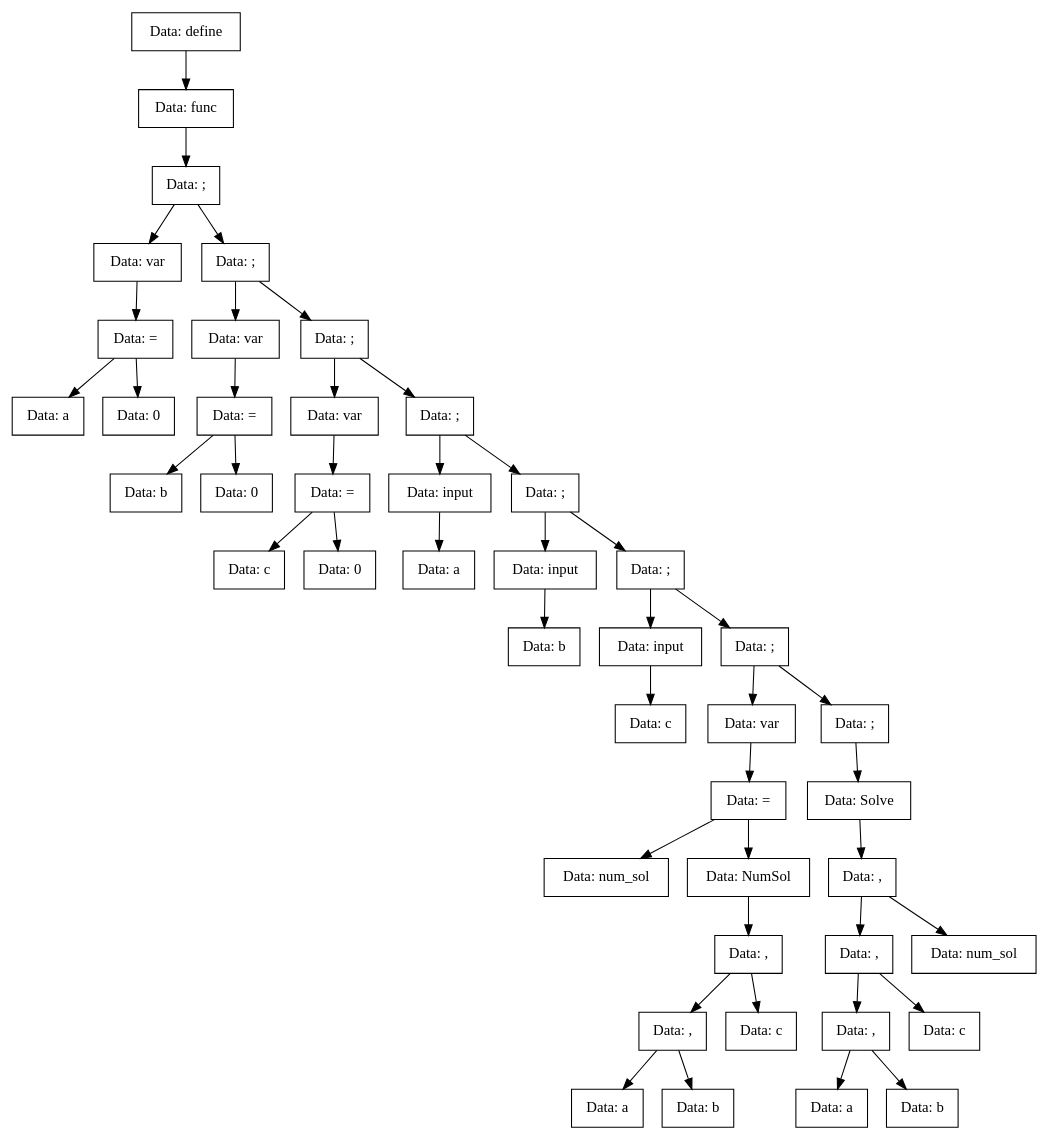
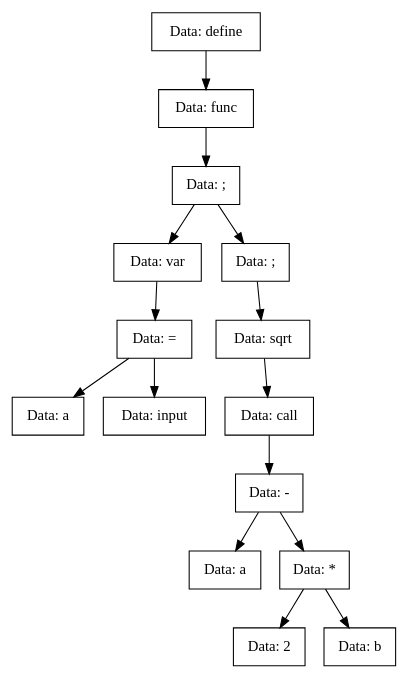
One commit to vorontsov-amd/Compiller changed the diagram in TreeDump/func-utf8.dot. Above: the diagram before and after it, drawn with Graphviz. The commit also changed 32 other files, not shown here.

```diff
--- a/TreeDump/func-utf8.dot
+++ b/TreeDump/func-utf8.dot
@@ -1,91 +1,31 @@
 digraph func{
-Node0x56543b710e00[shape="record", label="Data: define"];
-Node0x56543b710ea0[shape="record", label="Data: func"];
-Node0x56543b710e50[shape="record", label="Data: ;"];
-Node0x56543b710c20[shape="record", label="Data: var"];
-Node0x56543b710c70[shape="record", label="Data: ="];
-Node0x56543b710d10[shape="record", label="Data: a"];
-Node0x56543b710c70->Node0x56543b710d10;
-Node0x56543b710cc0[shape="record", label="Data: 0"];
-Node0x56543b710c70->Node0x56543b710cc0;
-Node0x56543b710c20->Node0x56543b710c70;
-Node0x56543b710e50->Node0x56543b710c20;
-Node0x56543b710b30[shape="record", label="Data: ;"];
-Node0x56543b711260[shape="record", label="Data: var"];
-Node0x56543b711170[shape="record", label="Data: ="];
-Node0x56543b711080[shape="record", label="Data: b"];
-Node0x56543b711170->Node0x56543b711080;
-Node0x56543b710ef0[shape="record", label="Data: 0"];
-Node0x56543b711170->Node0x56543b710ef0;
-Node0x56543b711260->Node0x56543b711170;
-Node0x56543b710b30->Node0x56543b711260;
-Node0x56543b710d60[shape="record", label="Data: ;"];
-Node0x56543b710bd0[shape="record", label="Data: var"];
-Node0x56543b710b80[shape="record", label="Data: ="];
-Node0x56543b711350[shape="record", label="Data: c"];
-Node0x56543b710b80->Node0x56543b711350;
-Node0x56543b7117b0[shape="record", label="Data: 0"];
-Node0x56543b710b80->Node0x56543b7117b0;
-Node0x56543b710bd0->Node0x56543b710b80;
-Node0x56543b710d60->Node0x56543b710bd0;
-Node0x56543b7118a0[shape="record", label="Data: ;"];
-Node0x56543b711760[shape="record", label="Data: input"];
-Node0x56543b7118f0[shape="record", label="Data: a"];
-Node0x56543b711760->Node0x56543b7118f0;
-Node0x56543b7118a0->Node0x56543b711760;
-Node0x56543b711710[shape="record", label="Data: ;"];
-Node0x56543b7116c0[shape="record", label="Data: input"];
-Node0x56543b711670[shape="record", label="Data: b"];
-Node0x56543b7116c0->Node0x56543b711670;
-Node0x56543b711710->Node0x56543b7116c0;
-Node0x56543b711850[shape="record", label="Data: ;"];
-Node0x56543b711530[shape="record", label="Data: input"];
-Node0x56543b711620[shape="record", label="Data: c"];
-Node0x56543b711530->Node0x56543b711620;
-Node0x56543b711850->Node0x56543b711530;
-Node0x56543b7114e0[shape="record", label="Data: ;"];
-Node0x56543b711490[shape="record", label="Data: var"];
-Node0x56543b7113f0[shape="record", label="Data: ="];
-Node0x56543b7113a0[shape="record", label="Data: num_sol"];
-Node0x56543b7113f0->Node0x56543b7113a0;
-Node0x56543b711800[shape="record", label="Data: NumSol"];
-Node0x56543b7115d0[shape="record", label="Data: ,"];
-Node0x56543b7110d0[shape="record", label="Data: ,"];
-Node0x56543b711210[shape="record", label="Data: a"];
-Node0x56543b7110d0->Node0x56543b711210;
-Node0x56543b7111c0[shape="record", label="Data: b"];
-Node0x56543b7110d0->Node0x56543b7111c0;
-Node0x56543b7115d0->Node0x56543b7110d0;
-Node0x56543b711300[shape="record", label="Data: c"];
-Node0x56543b7115d0->Node0x56543b711300;
-Node0x56543b711800->Node0x56543b7115d0;
-Node0x56543b7113f0->Node0x56543b711800;
-Node0x56543b711490->Node0x56543b7113f0;
-Node0x56543b7114e0->Node0x56543b711490;
-Node0x56543b7112b0[shape="record", label="Data: ;"];
-Node0x56543b711440[shape="record", label="Data: Solve"];
-Node0x56543b711580[shape="record", label="Data: ,"];
-Node0x56543b711120[shape="record", label="Data: ,"];
-Node0x56543b710db0[shape="record", label="Data: ,"];
-Node0x56543b710fe0[shape="record", label="Data: a"];
-Node0x56543b710db0->Node0x56543b710fe0;
-Node0x56543b711030[shape="record", label="Data: b"];
-Node0x56543b710db0->Node0x56543b711030;
-Node0x56543b711120->Node0x56543b710db0;
-Node0x56543b710f90[shape="record", label="Data: c"];
-Node0x56543b711120->Node0x56543b710f90;
-Node0x56543b711580->Node0x56543b711120;
-Node0x56543b710f40[shape="record", label="Data: num_sol"];
-Node0x56543b711580->Node0x56543b710f40;
-Node0x56543b711440->Node0x56543b711580;
-Node0x56543b7112b0->Node0x56543b711440;
-Node0x56543b7114e0->Node0x56543b7112b0;
-Node0x56543b711850->Node0x56543b7114e0;
-Node0x56543b711710->Node0x56543b711850;
-Node0x56543b7118a0->Node0x56543b711710;
-Node0x56543b710d60->Node0x56543b7118a0;
-Node0x56543b710b30->Node0x56543b710d60;
-Node0x56543b710e50->Node0x56543b710b30;
-Node0x56543b710ea0->Node0x56543b710e50;
-Node0x56543b710e00->Node0x56543b710ea0;
+Node0x556e352294c0[shape="record", label="Data: define"];
+Node0x556e35229470[shape="record", label="Data: func"];
+Node0x556e352293d0[shape="record", label="Data: ;"];
+Node0x556e35229150[shape="record", label="Data: var"];
+Node0x556e352291a0[shape="record", label="Data: ="];
+Node0x556e35229240[shape="record", label="Data: a"];
+Node0x556e352291a0->Node0x556e35229240;
+Node0x556e352291f0[shape="record", label="Data: input"];
+Node0x556e352291a0->Node0x556e352291f0;
+Node0x556e35229150->Node0x556e352291a0;
+Node0x556e352293d0->Node0x556e35229150;
+Node0x556e35229060[shape="record", label="Data: ;"];
+Node0x556e35229420[shape="record", label="Data: sqrt"];
+Node0x556e35229380[shape="record", label="Data: call"];
+Node0x556e35229330[shape="record", label="Data: -"];
+Node0x556e352292e0[shape="record", label="Data: a"];
+Node0x556e35229330->Node0x556e352292e0;
+Node0x556e35229290[shape="record", label="Data: *"];
+Node0x556e35229100[shape="record", label="Data: 2"];
+Node0x556e35229290->Node0x556e35229100;
+Node0x556e352290b0[shape="record", label="Data: b"];
+Node0x556e35229290->Node0x556e352290b0;
+Node0x556e35229330->Node0x556e35229290;
+Node0x556e35229380->Node0x556e35229330;
+Node0x556e35229420->Node0x556e35229380;
+Node0x556e35229060->Node0x556e35229420;
+Node0x556e352293d0->Node0x556e35229060;
+Node0x556e35229470->Node0x556e352293d0;
+Node0x556e352294c0->Node0x556e35229470;
 }
```
